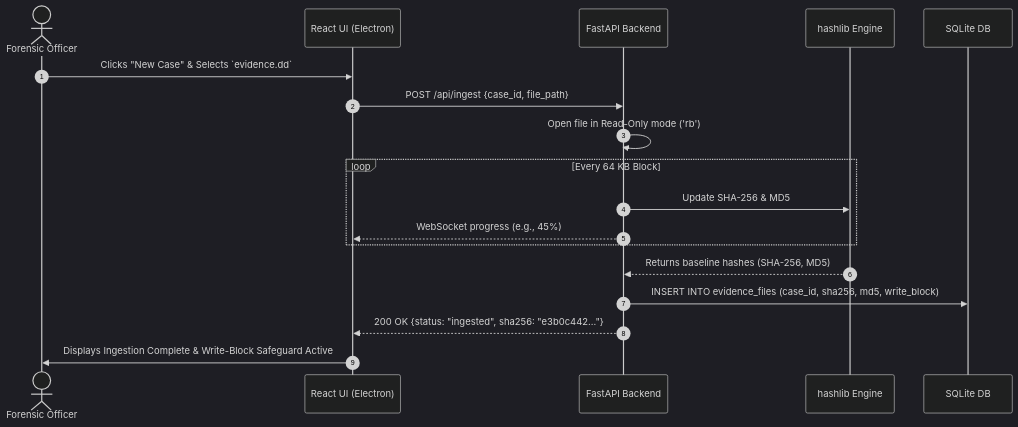
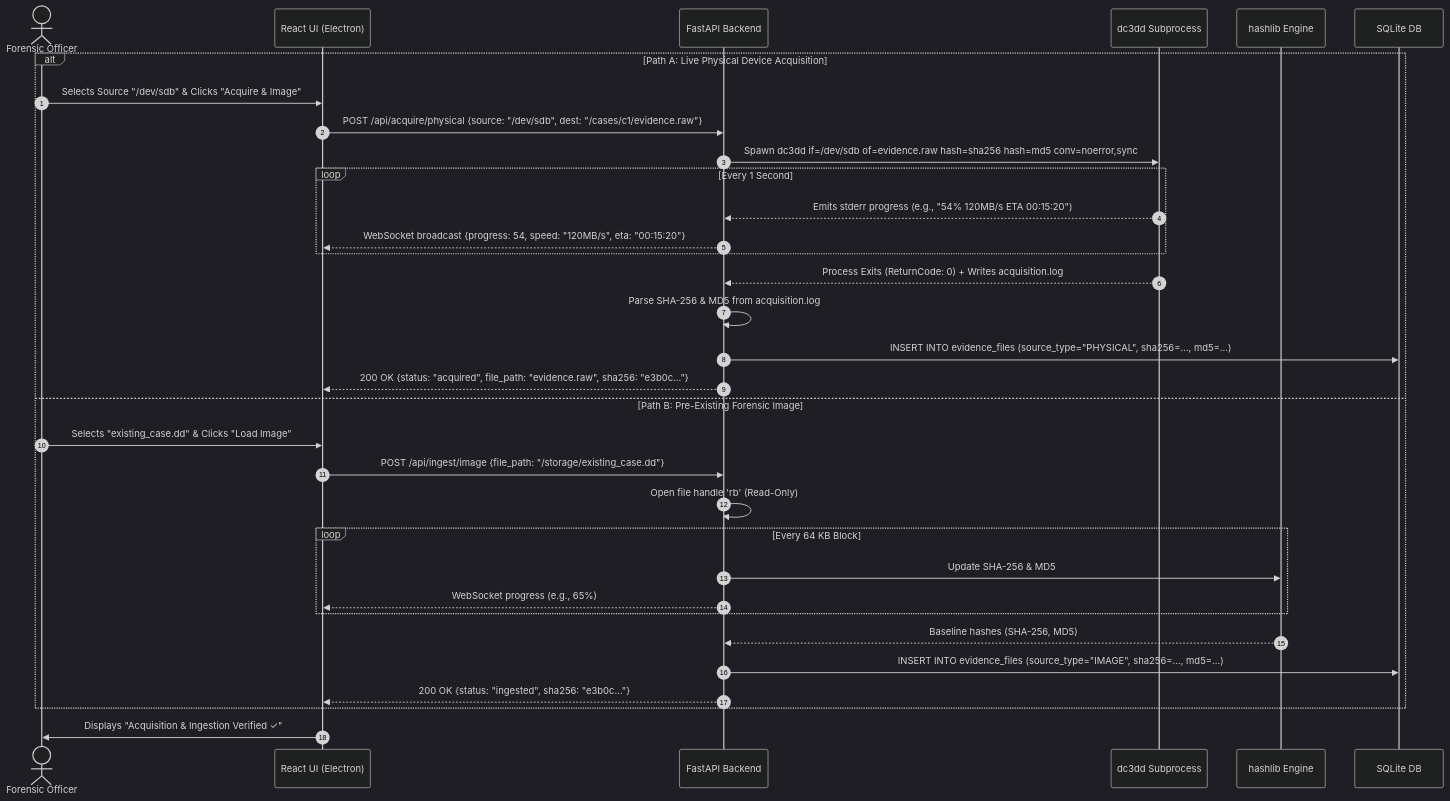
One commit to rehanhalai/locus-docs changed the diagram in MVP/features/disk-imaging/disk-imaging.md. Above: the diagram before and after it, drawn with Mermaid (dark theme). The commit also changed other lines of this file and 18 other files, not shown here.

````diff
--- a/MVP/features/disk-imaging/disk-imaging.md
+++ b/MVP/features/disk-imaging/disk-imaging.md
@@ -85,21 +134,36 @@
 ```mermaid
 sequenceDiagram
     autonumber
     actor Officer as Forensic Officer
     participant UI as React UI (Electron)
     participant API as FastAPI Backend
+    participant DC as dc3dd Subprocess
     participant Hash as hashlib Engine
     participant DB as SQLite DB
 
-    Officer->>UI: Clicks "New Case" & Selects `evidence.dd`
-    UI->>API: POST /api/ingest {case_id, file_path}
-    API->>API: Open file in Read-Only mode ('rb')
-    loop Every 64 KB Block
-        API->>Hash: Update SHA-256 & MD5
-        API-->>UI: WebSocket progress (e.g., 45%)
+    alt Path A: Live Physical Device Acquisition
+        Officer->>UI: Selects Source "/dev/sdb" & Clicks "Acquire & Image"
+        UI->>API: POST /api/acquire/physical {source: "/dev/sdb", dest: "/cases/c1/evidence.raw"}
+        API->>DC: Spawn dc3dd if=/dev/sdb of=evidence.raw hash=sha256 hash=md5 conv=noerror,sync
+        loop Every 1 Second
+            DC-->>API: Emits stderr progress (e.g., "54% 120MB/s ETA 00:15:20")
+            API-->>UI: WebSocket broadcast {progress: 54, speed: "120MB/s", eta: "00:15:20"}
+        end
+        DC-->>API: Process Exits (ReturnCode: 0) + Writes acquisition.log
+        API->>API: Parse SHA-256 & MD5 from acquisition.log
+        API->>DB: INSERT INTO evidence_files (source_type="PHYSICAL", sha256=..., md5=...)
+        API-->>UI: 200 OK {status: "acquired", file_path: "evidence.raw", sha256: "e3b0c..."}
+    else Path B: Pre-Existing Forensic Image
+        Officer->>UI: Selects "existing_case.dd" & Clicks "Load Image"
+        UI->>API: POST /api/ingest/image {file_path: "/storage/existing_case.dd"}
+        API->>API: Open file handle 'rb' (Read-Only)
+        loop Every 64 KB Block
+            API->>Hash: Update SHA-256 & MD5
+            API-->>UI: WebSocket progress (e.g., 65%)
+        end
+        Hash-->>API: Baseline hashes (SHA-256, MD5)
+        API->>DB: INSERT INTO evidence_files (source_type="IMAGE", sha256=..., md5=...)
+        API-->>UI: 200 OK {status: "ingested", sha256: "e3b0c..."}
     end
-    Hash-->>API: Returns baseline hashes (SHA-256, MD5)
-    API->>DB: INSERT INTO evidence_files (case_id, sha256, md5, write_block)
-    API-->>UI: 200 OK {status: "ingested", sha256: "e3b0c442..."}
-    UI->>Officer: Displays Ingestion Complete & Write-Block Safeguard Active
+    UI->>Officer: Displays "Acquisition & Ingestion Verified ✓"
 ```
````
